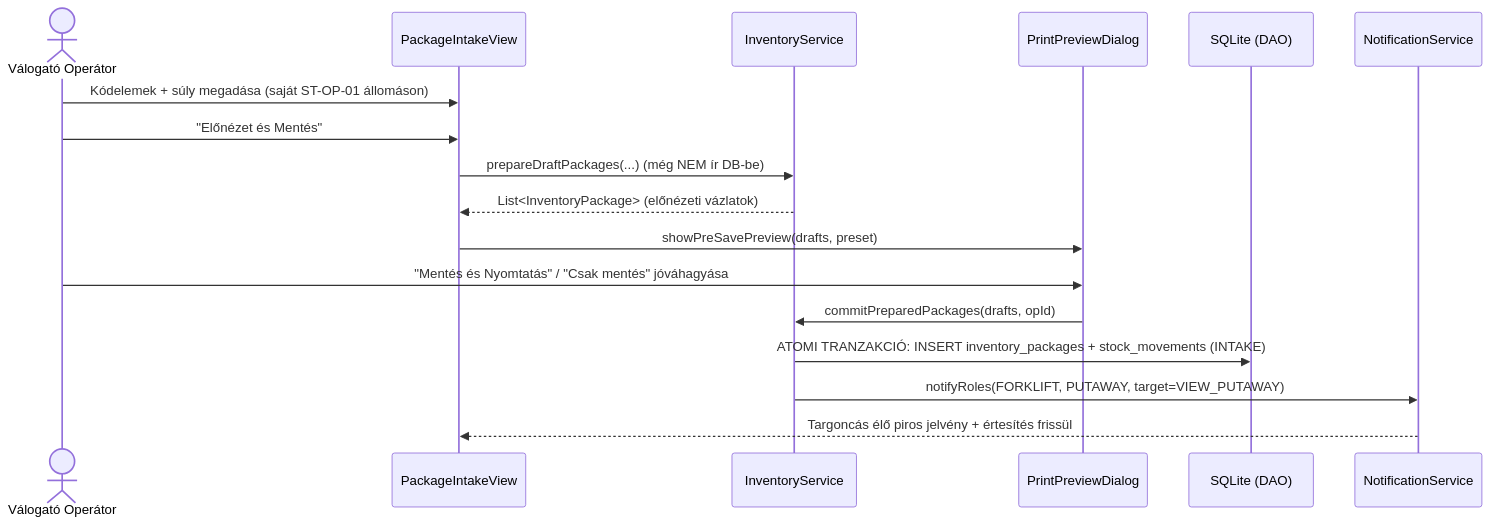
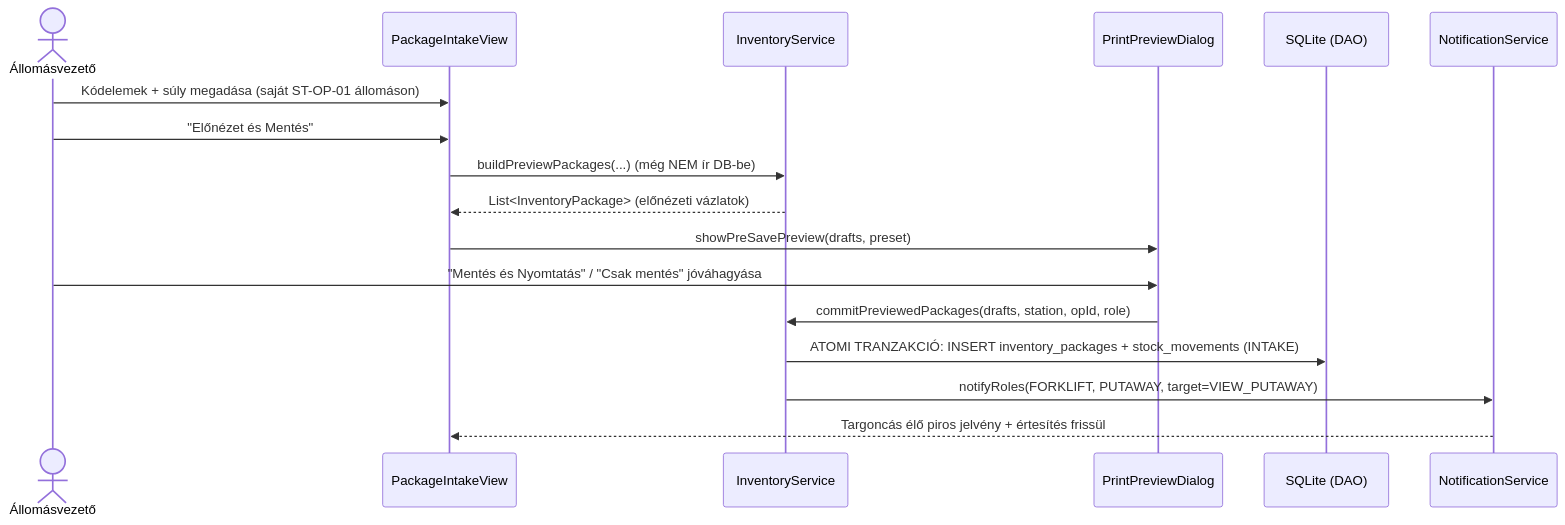
Before and after one commit to attilaczudor/due-prog-03: the fourth of 5 diagrams in docs/Programterv.md, drawn with Mermaid. The commit also changed other lines of this file and 196 other files, not shown here.

````diff
--- a/docs/Programterv.md
+++ b/docs/Programterv.md
@@ -187,20 +214,20 @@
 ```mermaid
 sequenceDiagram
-    actor Op as Válogató Operátor
+    actor Op as Állomásvezető
     participant UI as PackageIntakeView
     participant Inv as InventoryService
     participant Prev as PrintPreviewDialog
     participant DB as SQLite (DAO)
     participant Notif as NotificationService
 
     Op->>UI: Kódelemek + súly megadása (saját ST-OP-01 állomáson)
     Op->>UI: "Előnézet és Mentés"
-    UI->>Inv: prepareDraftPackages(...) (még NEM ír DB-be)
+    UI->>Inv: buildPreviewPackages(...) (még NEM ír DB-be)
     Inv-->>UI: List<InventoryPackage> (előnézeti vázlatok)
     UI->>Prev: showPreSavePreview(drafts, preset)
     Op->>Prev: "Mentés és Nyomtatás" / "Csak mentés" jóváhagyása
-    Prev->>Inv: commitPreparedPackages(drafts, opId)
+    Prev->>Inv: commitPreviewedPackages(drafts, station, opId, role)
     Inv->>DB: ATOMI TRANZAKCIÓ: INSERT inventory_packages + stock_movements (INTAKE)
     Inv->>Notif: notifyRoles(FORKLIFT, PUTAWAY, target=VIEW_PUTAWAY)
     Notif-->>UI: Targoncás élő piros jelvény + értesítés frissül
 ```
````
